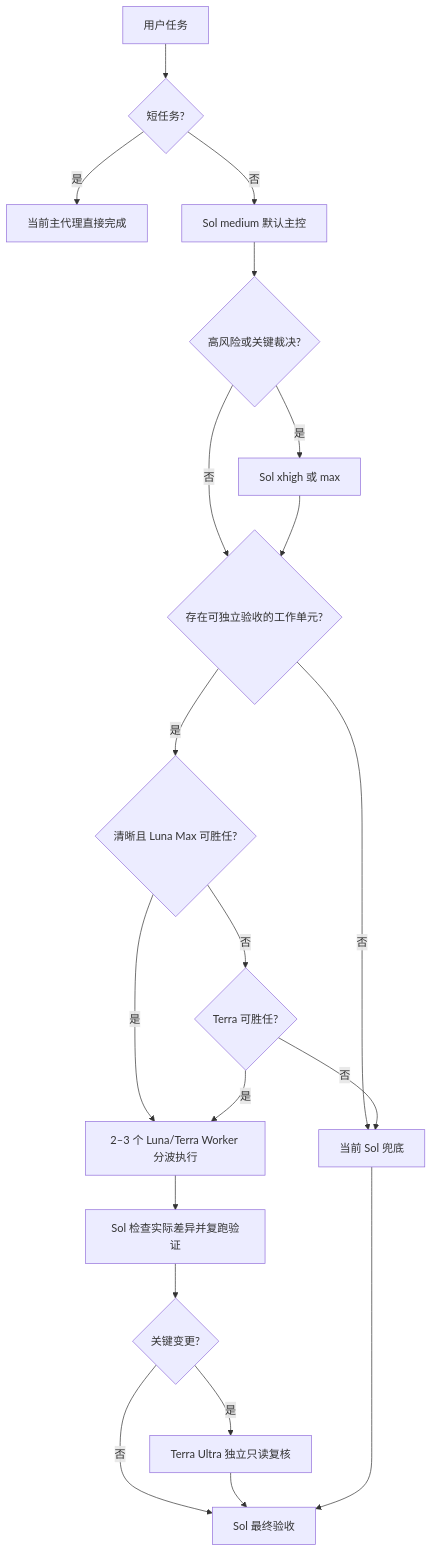
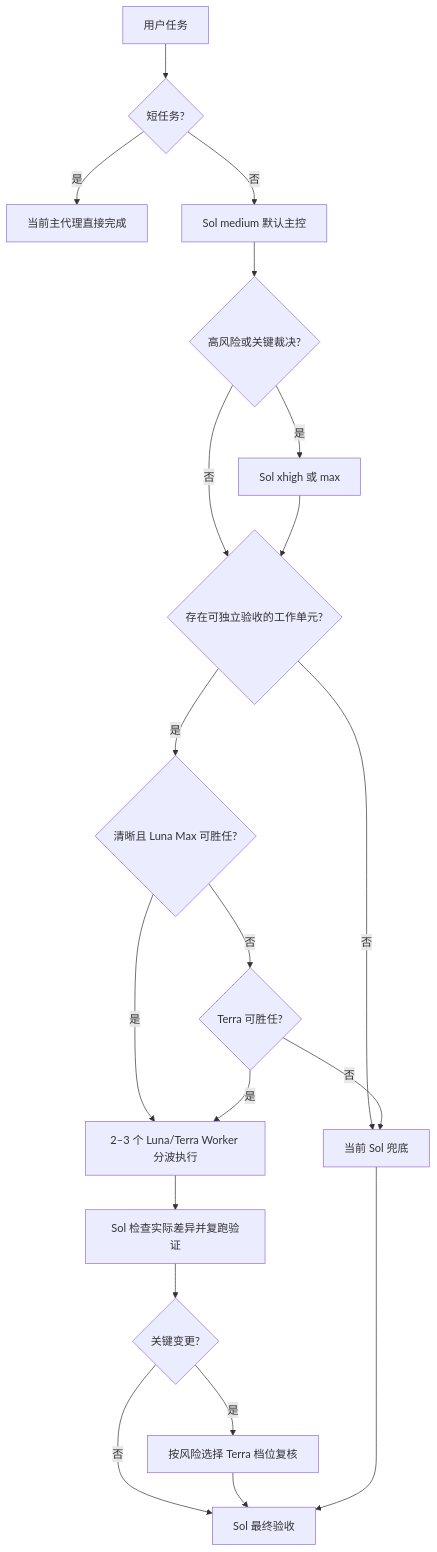
The diagram in docs/OPERATING_GUIDE.md (9holy/codex-quality-orchestrator), drawn with Mermaid before and after one commit. The commit also changed other lines of this file and 10 other files, not shown here.

````diff
--- a/docs/OPERATING_GUIDE.md
+++ b/docs/OPERATING_GUIDE.md
@@ -21,22 +21,22 @@
 ```mermaid
 flowchart TD
     A[用户任务] --> B{短任务?}
     B -->|是| C[当前主代理直接完成]
     B -->|否| D[Sol medium 默认主控]
     D --> E{高风险或关键裁决?}
     E -->|是| F[Sol xhigh 或 max]
     E -->|否| I{存在可独立验收的工作单元?}
     F --> I
     I -->|否| H[当前 Sol 兜底]
     I -->|是| G{清晰且 Luna Max 可胜任?}
     G -->|是| J[2–3 个 Luna/Terra Worker 分波执行]
     G -->|否| O{Terra 可胜任?}
     O -->|是| J
     O -->|否| H
     J --> K[Sol 检查实际差异并复跑验证]
     K --> L{关键变更?}
-    L -->|是| M[Terra Ultra 独立只读复核]
+    L -->|是| M[按风险选择 Terra 档位复核]
     L -->|否| N[Sol 最终验收]
     M --> N
     H --> N
 ```
````
